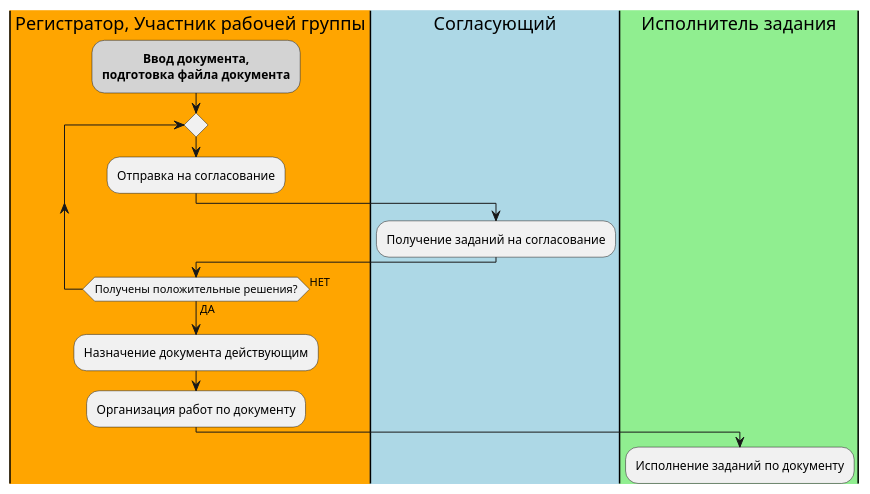
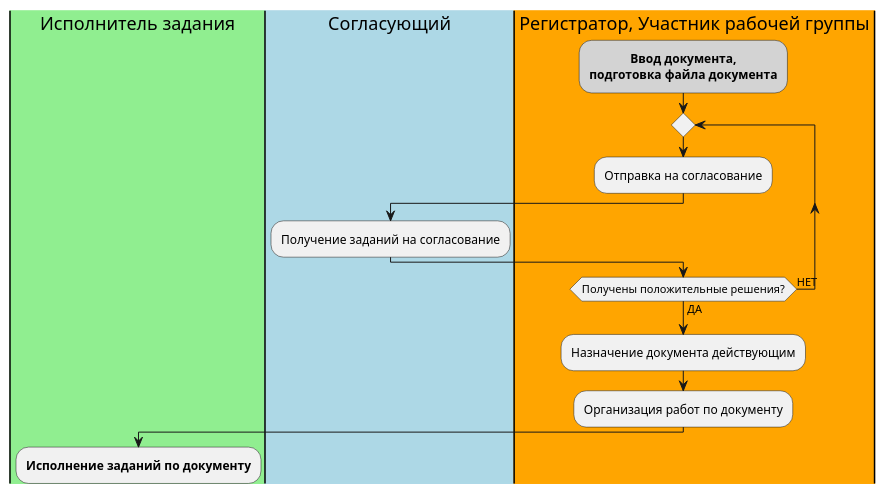
Before and after one commit to Grolribasi/WebC-Antora: the sixth of 6 diagrams in modules/user/pages/appendix/stagesOfWorkingWithDocuments.adoc, drawn with PlantUML. The commit also changed other lines of this file, not shown here.

```diff
--- a/modules/user/pages/appendix/stagesOfWorkingWithDocuments.adoc
+++ b/modules/user/pages/appendix/stagesOfWorkingWithDocuments.adoc
@@ -153,21 +185,24 @@
 [plantuml, target=diagram-classes, format=svg]
 ....
 @startuml
+|#lightgreen|Исполнитель задания|
+|#lightblue|Согласующий|
+|#orange|Регистратор, Участник рабочей группы|
 skinparam rectangleBorderThickness 1
 skinparam defaultTextAlignment center
 |#orange|Регистратор, Участник рабочей группы|
 #lightgray:**Ввод документа,**
 **подготовка файла документа**;
 repeat
 :Отправка на согласование;
 |#lightblue|Согласующий|
 :Получение заданий на согласование;
 |#orange|Регистратор, Участник рабочей группы|
 repeat while (Получены положительные решения?) is (НЕТ) not (ДА)
 |#orange|Регистратор, Участник рабочей группы|
 :Назначение документа действующим;
 :Организация работ по документу;
 |#lightgreen|Исполнитель задания|
-:Исполнение заданий по документу;
+:**Исполнение заданий по документу**;
 @enduml
 ....
```
